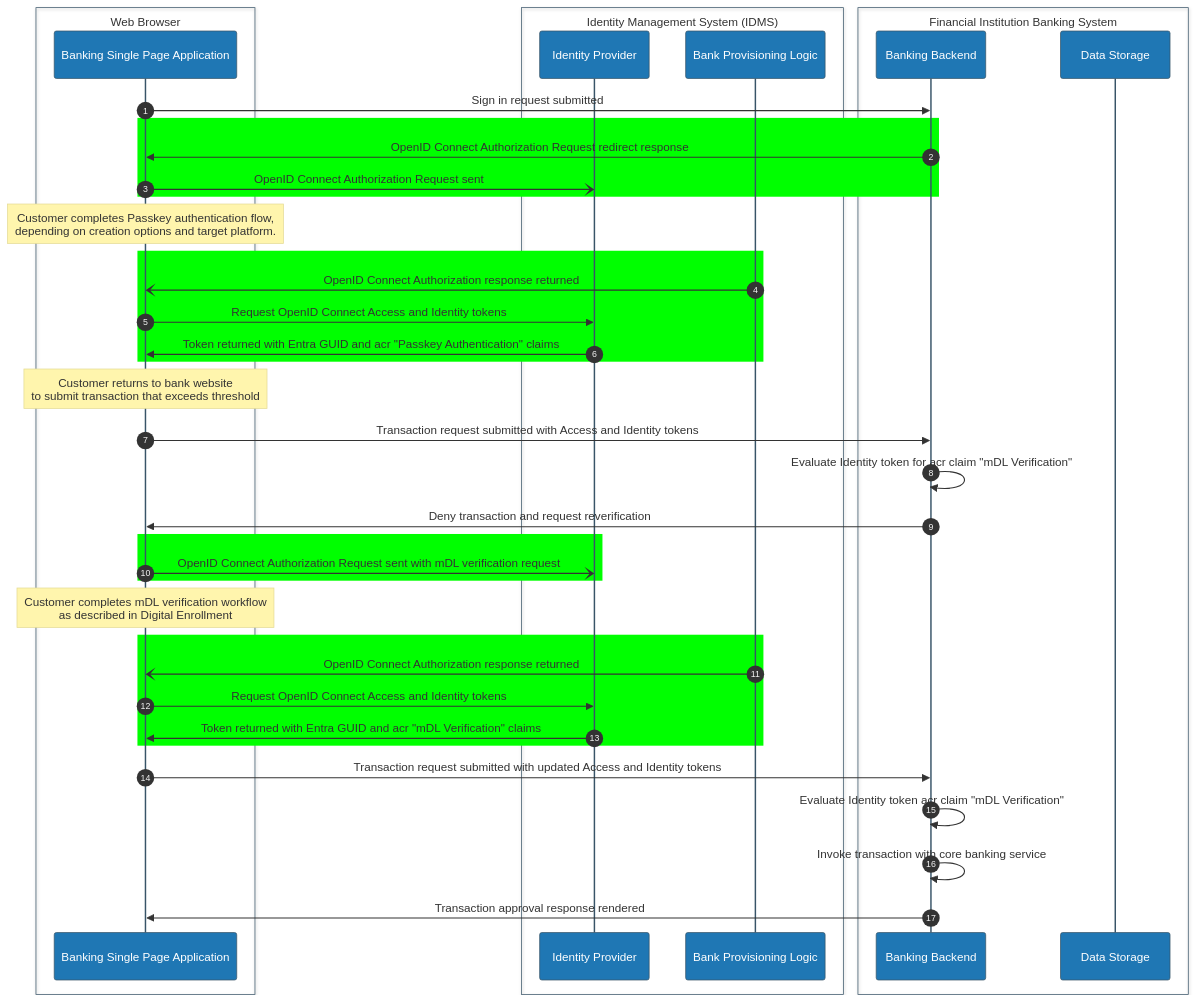
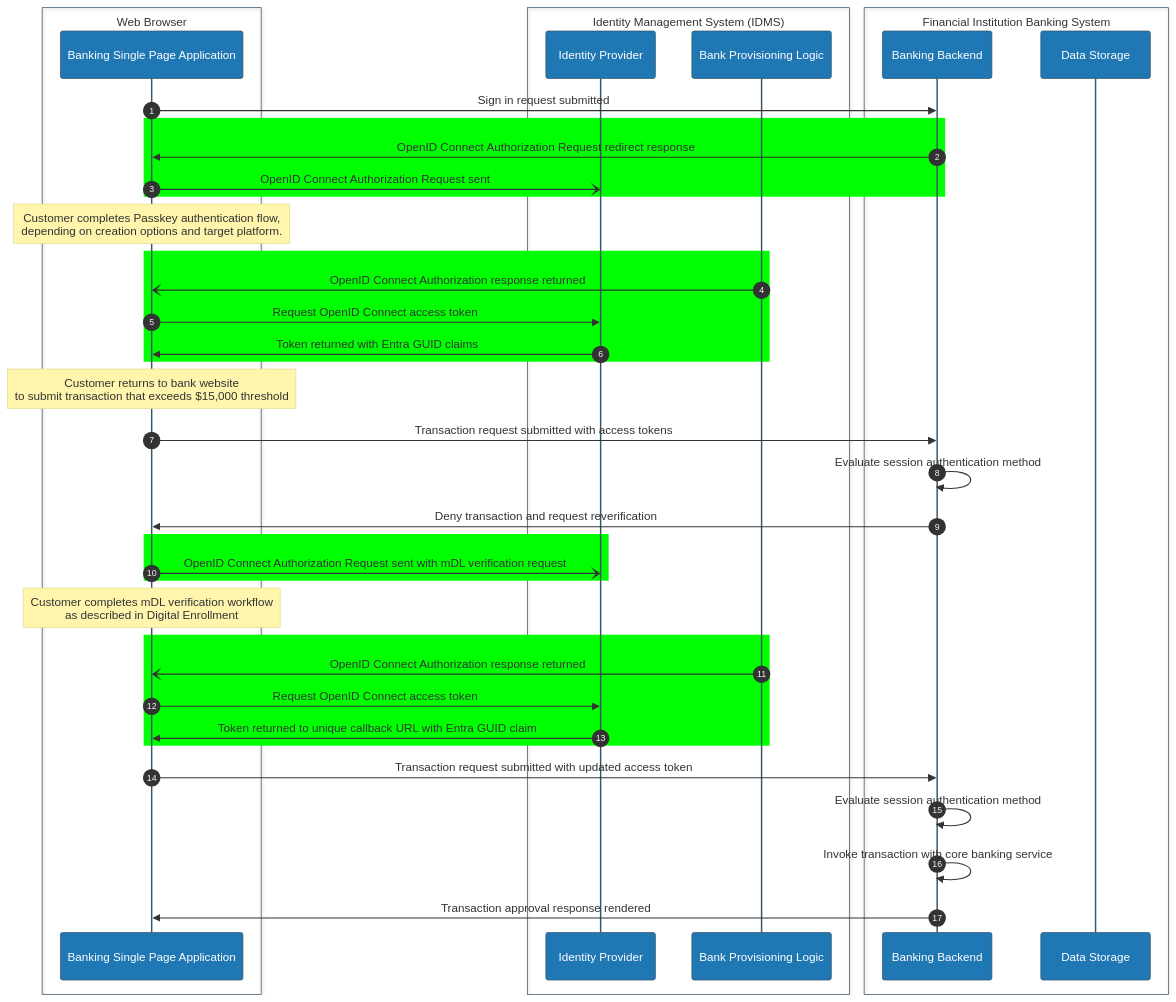
Before and after one commit to usnistgov/nccoe-mdl-project-static-website: the diagram in source/media/re-verification-flow.mmd, drawn with Mermaid. The commit also changed 127 other files, not shown here.

```diff
--- a/source/media/re-verification-flow.mmd
+++ b/source/media/re-verification-flow.mmd
@@ -1,83 +1,83 @@
 %%{init: {"theme": "base", "themeVariables": {"primaryColor": "#1f77b4", "edgeLabelBackground":"#ffffff", "actorTextColor": "#ffffff", "actorBackground": "#2ca02c", "fontSize":"30px"}}}%%
 sequenceDiagram
     autonumber
     box Issuing Authority
     %% participant sor as System of Record
     %%participant iaendpoints as mDL Issuing Endpoints
     end
 
     box Mobile Device
     %%participant wallet as Wallet App
     end
     box Web Browser
     %% participant browser as Digital Credentials API
     %%participant webauthn as Web Authentication API
     participant webapp as Banking Single Page Application
     end
     box Identity Management System (IDMS)
     participant idp as Identity Provider
     participant bpl as Bank Provisioning Logic
     %%participant sdk as MATTR SDK
     end
     box Financial Institution Banking System
     participant backend as Banking Backend
     %% participant cbs as Core Banking Services
     participant database as Data Storage
     %%participant bankapi as IDMS Provisioning API
     %%participant ssn as SSN Validation Service
     end
     box Verifier
     %% participant adminendpoints as Tenant Administration Endpoints
     %%participant verifier as Verifier Endpoints
     end
     box Trust Service
     %% participant dts as Digital Trust Service
     end
 
 
     webapp ->> backend: Sign in request submitted
     rect rgb(0,255,0)
     backend->>webapp: OpenID Connect Authorization Request redirect response
     webapp-)idp: OpenID Connect Authorization Request sent
     end
 
 
     %%note over wallet,verifier: ... ↑ ...
     note over webapp: Customer completes Passkey authentication flow, <br />depending on creation options and target platform.
     %%note over wallet,verifier: ... ↓ ...
 
 
     rect rgb(0,255,0)
     bpl-)webapp: OpenID Connect Authorization response returned
 
-    webapp->>idp: Request OpenID Connect Access and Identity tokens
-    idp->>webapp: Token returned with Entra GUID and acr "Passkey Authentication" claims
+    webapp->>idp: Request OpenID Connect access token
+    idp->>webapp: Token returned with Entra GUID claims
     end
 
     %%note over wallet,verifier: ... ↑ ...
-    note over webapp: Customer returns to bank website <br /> to submit transaction that exceeds threshold
+    note over webapp: Customer returns to bank website <br /> to submit transaction that exceeds $15,000 threshold
     %%note over wallet,verifier: ... ↓ ...
 
-    webapp->>backend: Transaction request submitted with Access and Identity tokens
-    backend->>backend: Evaluate Identity token for acr claim "mDL Verification"
+    webapp->>backend: Transaction request submitted with access tokens
+    backend->>backend: Evaluate session authentication method 
     backend->>webapp: Deny transaction and request reverification
 
     rect rgb(0,255,0)
     webapp-)idp: OpenID Connect Authorization Request sent with mDL verification request
     end
 
     %%note over wallet,verifier: ... ↑ ...
     note over webapp: Customer completes mDL verification workflow <br /> as described in Digital Enrollment
     %%note over wallet,verifier: ... ↓ ...
 
     rect rgb(0,255,0)
-    bpl-)webapp: OpenID Connect Authorization response returned
+    bpl-)webapp: OpenID Connect Authorization response returned 
 
-    webapp->>idp: Request OpenID Connect Access and Identity tokens
-    idp->>webapp: Token returned with Entra GUID and acr "mDL Verification" claims
+    webapp->>idp: Request OpenID Connect access token
+    idp->>webapp: Token returned to unique callback URL with Entra GUID claim
     end
 
-    webapp->>backend: Transaction request submitted with updated Access and Identity tokens
-    backend->>backend: Evaluate Identity token acr claim "mDL Verification"
+    webapp->>backend: Transaction request submitted with updated access token
+    backend->>backend: Evaluate session authentication method
     backend->>backend: Invoke transaction with core banking service
     backend->>webapp: Transaction approval response rendered
```
